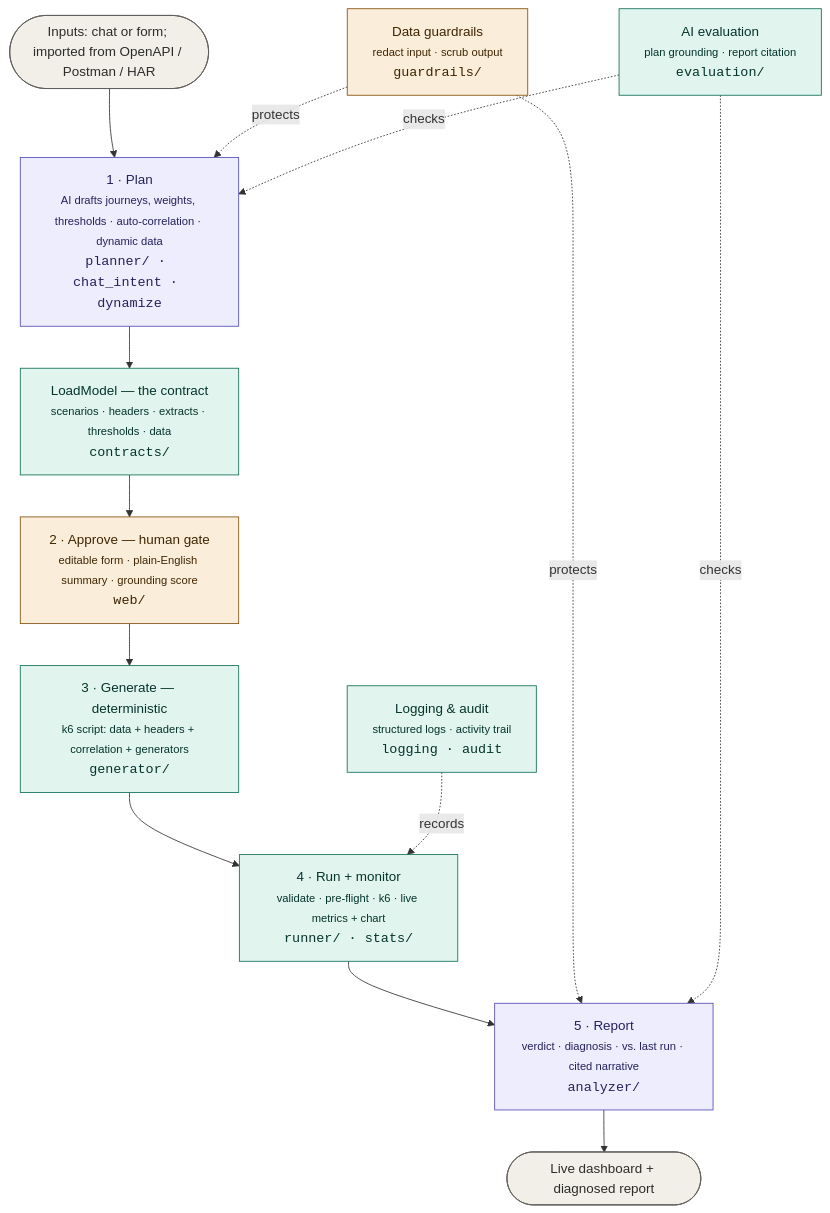
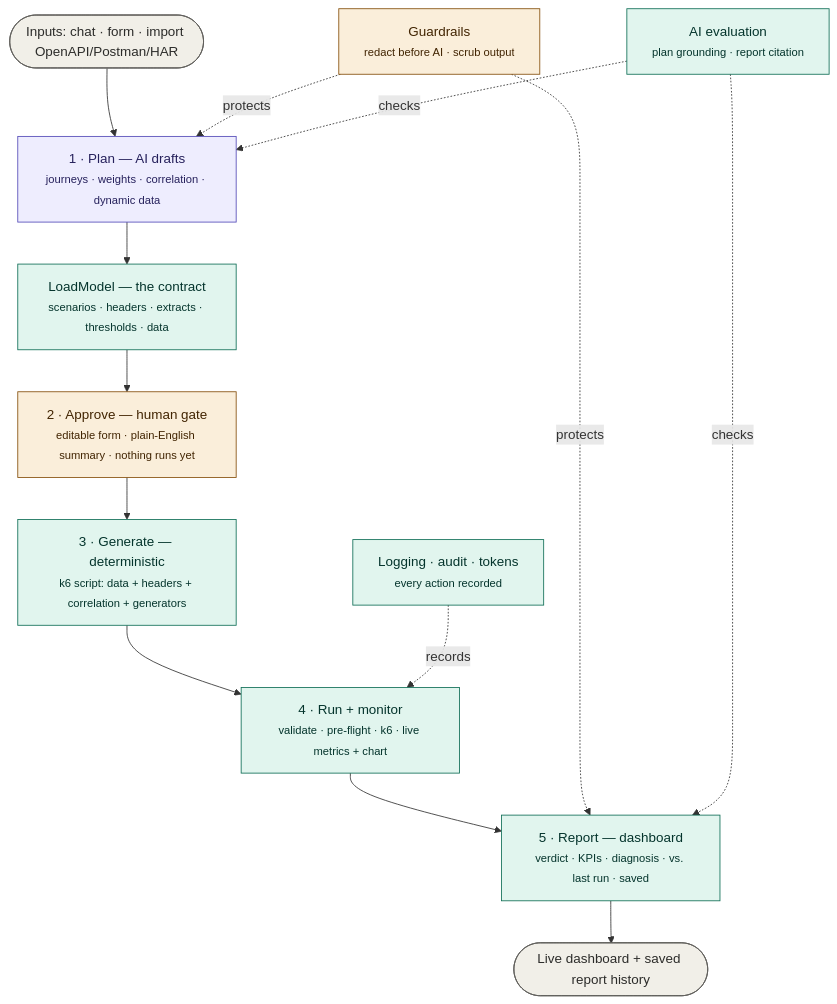
One commit to karthikrasamsetti/perfagent changed the diagram in README.md. Above: the diagram before and after it, drawn with Mermaid. The commit also changed other lines of this file and 3 other files, not shown here.

Commit message:
Modern UI: report dashboard, runs history, inline guidance, token usage; updated README + architecture

````diff
--- a/README.md
+++ b/README.md
@@ -317,31 +327,31 @@
 ```mermaid
 flowchart TD
-    IN([Inputs: chat or form; imported from OpenAPI / Postman / HAR])
-    PLAN["1 · Plan<br/><small>AI drafts journeys, weights, thresholds · auto-correlation · dynamic data</small><br/><code>planner/ · chat_intent · dynamize</code>"]
-    LM["LoadModel — the contract<br/><small>scenarios · headers · extracts · thresholds · data</small><br/><code>contracts/</code>"]
-    APPROVE["2 · Approve — human gate<br/><small>editable form · plain-English summary · grounding score</small><br/><code>web/</code>"]
-    GEN["3 · Generate — deterministic<br/><small>k6 script: data + headers + correlation + generators</small><br/><code>generator/</code>"]
-    RUN["4 · Run + monitor<br/><small>validate · pre-flight · k6 · live metrics + chart</small><br/><code>runner/ · stats/</code>"]
-    REPORT["5 · Report<br/><small>verdict · diagnosis · vs. last run · cited narrative</small><br/><code>analyzer/</code>"]
-    OUT([Live dashboard + diagnosed report])
+    IN([Inputs: chat · form · import OpenAPI/Postman/HAR])
+    PLAN["1 · Plan — AI drafts<br/><small>journeys · weights · correlation · dynamic data</small>"]
+    LM["LoadModel — the contract<br/><small>scenarios · headers · extracts · thresholds · data</small>"]
+    APPROVE["2 · Approve — human gate<br/><small>editable form · plain-English summary · nothing runs yet</small>"]
+    GEN["3 · Generate — deterministic<br/><small>k6 script: data + headers + correlation + generators</small>"]
+    RUN["4 · Run + monitor<br/><small>validate · pre-flight · k6 · live metrics + chart</small>"]
+    REPORT["5 · Report — dashboard<br/><small>verdict · KPIs · diagnosis · vs. last run · saved</small>"]
+    OUT([Live dashboard + saved report history])
 
     IN --> PLAN --> LM --> APPROVE --> GEN --> RUN --> REPORT --> OUT
 
-    GUARD["Data guardrails<br/><small>redact input · scrub output</small><br/><code>guardrails/</code>"]
-    EVAL["AI evaluation<br/><small>plan grounding · report citation</small><br/><code>evaluation/</code>"]
-    AUDIT["Logging & audit<br/><small>structured logs · activity trail</small><br/><code>logging · audit</code>"]
+    GUARD["Guardrails<br/><small>redact before AI · scrub output</small>"]
+    EVAL["AI evaluation<br/><small>plan grounding · report citation</small>"]
+    OBS["Logging · audit · tokens<br/><small>every action recorded</small>"]
     GUARD -. protects .-> PLAN
     GUARD -. protects .-> REPORT
     EVAL -. checks .-> PLAN
     EVAL -. checks .-> REPORT
-    AUDIT -. records .-> RUN
+    OBS -. records .-> RUN
 
     classDef ai fill:#EEEDFE,stroke:#534AB7,color:#26215C;
     classDef code fill:#E1F5EE,stroke:#0F6E56,color:#04342C;
     classDef gate fill:#FAEEDA,stroke:#854F0B,color:#412402;
     classDef io fill:#F1EFE8,stroke:#5F5E5A,color:#2C2C2A;
-    class PLAN,REPORT ai;
-    class LM,GEN,RUN,EVAL,AUDIT code;
+    class PLAN ai;
+    class LM,GEN,RUN,REPORT,EVAL,OBS code;
     class APPROVE,GUARD gate;
     class IN,OUT io;
 ```
````
